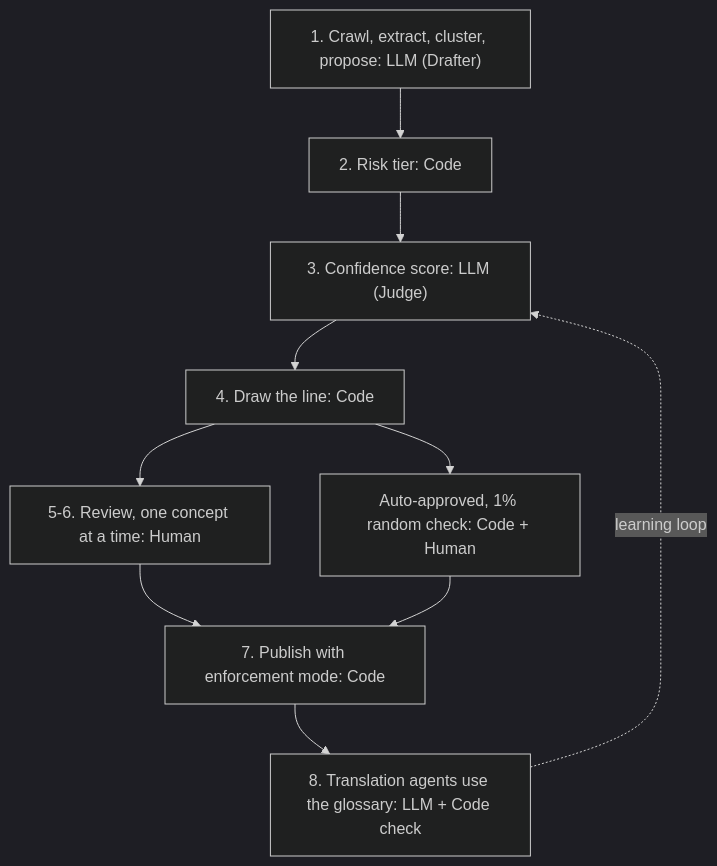
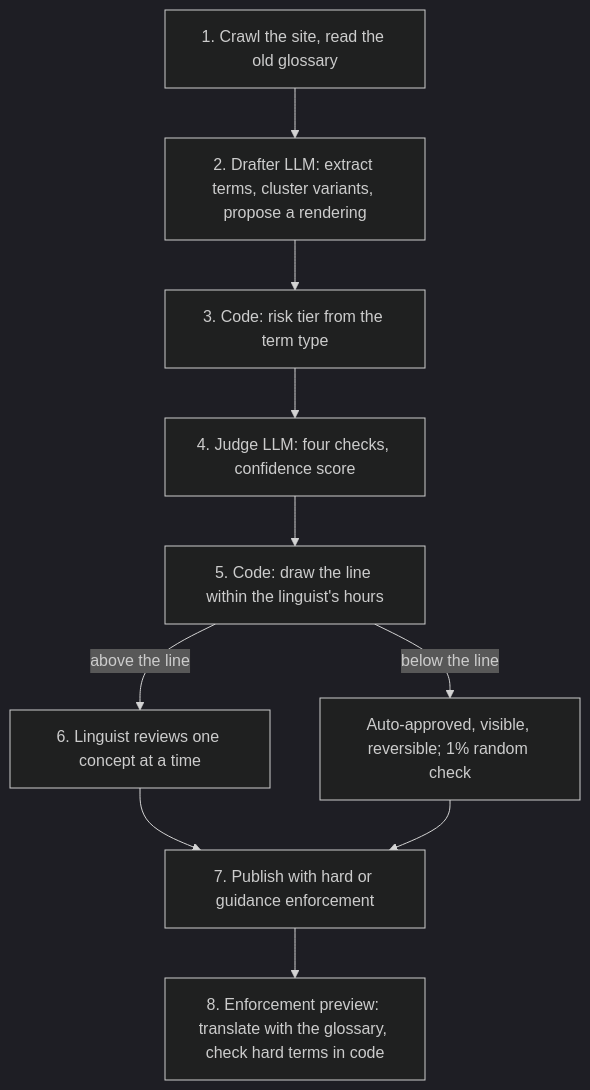
Before and after one commit to longlivedong/glossa: the diagram in README.md, drawn with Mermaid (dark theme). The commit also changed other lines of this file and 38 other files, not shown here.

````diff
--- a/README.md
+++ b/README.md
@@ -33,12 +70,12 @@
 ```mermaid
 flowchart TD
-  A["1. Crawl, extract, cluster, propose: LLM (Drafter)"] --> B["2. Risk tier: Code"]
-  B --> C["3. Confidence score: LLM (Judge)"]
-  C --> D["4. Draw the line: Code"]
-  D --> E["5-6. Review, one concept at a time: Human"]
-  D --> F["Auto-approved, 1% random check: Code + Human"]
-  E --> G["7. Publish with enforcement mode: Code"]
-  F --> G
-  G --> H["8. Translation agents use the glossary: LLM + Code check"]
-  H -.->|"learning loop"| C
+  A["1. Crawl the site, read the old glossary"] --> B["2. Drafter LLM: extract terms, cluster variants, propose a rendering"]
+  B --> C["3. Code: risk tier from the term type"]
+  C --> D["4. Judge LLM: four checks, confidence score"]
+  D --> E["5. Code: draw the line within the linguist's hours"]
+  E -->|above the line| F["6. Linguist reviews one concept at a time"]
+  E -->|below the line| G["Auto-approved, visible, reversible; 1% random check"]
+  F --> H["7. Publish with hard or guidance enforcement"]
+  G --> H
+  H --> I["8. Enforcement preview: translate with the glossary, check hard terms in code"]
 ```
````
